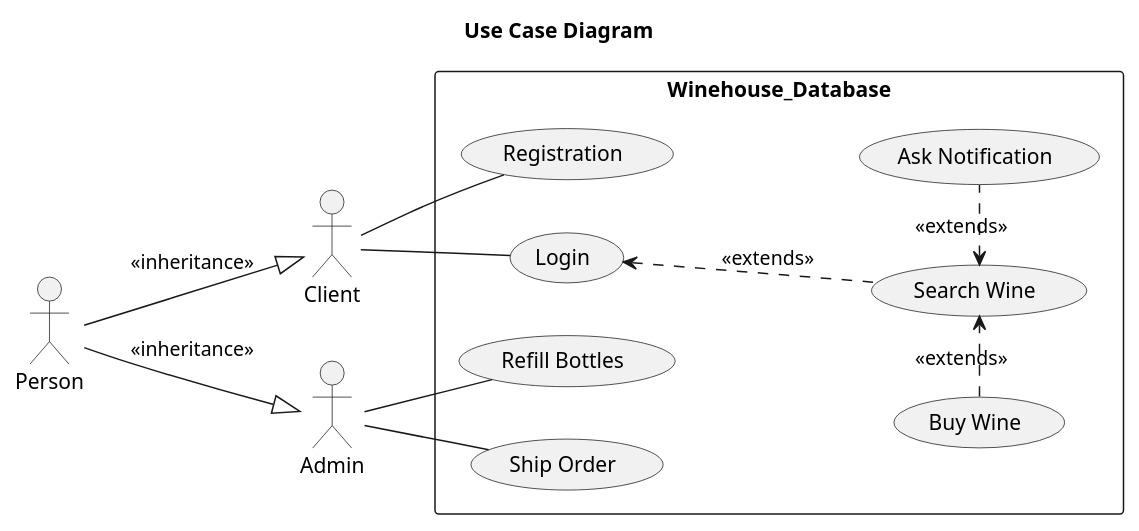
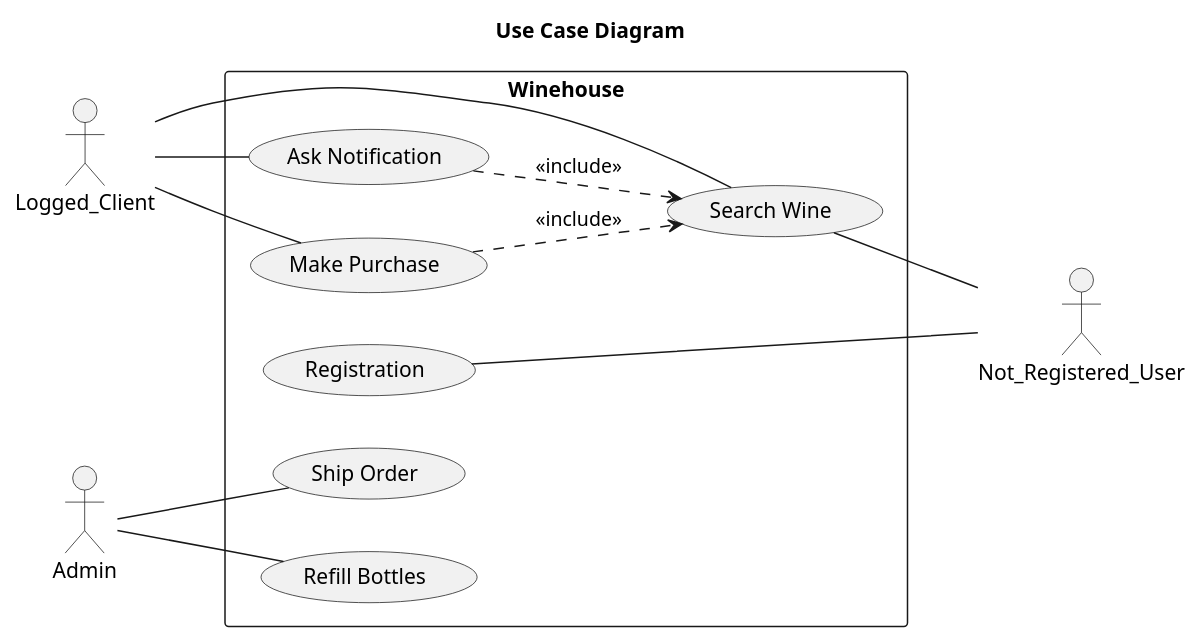
The diagram in Assegnamento2/src/main/uml/UML-UseCaseDiagram.puml (danielepelleg/software_engineering), drawn with PlantUML before and after one commit. The commit also changed 9 other files, not shown here.

```diff
--- a/Assegnamento2/src/main/uml/UML-UseCaseDiagram.puml
+++ b/Assegnamento2/src/main/uml/UML-UseCaseDiagram.puml
@@ -1,20 +1,26 @@
+@startuml
 title Use Case Diagram
 
 left to right direction
 
+actor Logged_Client
+actor Not_Registered_User
 actor Admin
-actor Client
-actor Person
 
-Person -down-|> (Admin) : <<inheritance>>
-Person -right-|> (Client) : <<inheritance>>
 
-rectangle  Winehouse_Database {
-    Client -- (Registration)
-    Client -down- (Login)
+rectangle  Winehouse {
+
+    Not_Registered_User -right- (Registration)
+    Not_Registered_User -up- (Search Wine)
+
+    Logged_Client -- (Search Wine)
+    Logged_Client -- (Ask Notification)
+    Logged_Client -- (Make Purchase)
+
     Admin -- (Refill Bottles)
     Admin -- (Ship Order)
-    (Login) <.. (Search Wine) : <<extends>>
-    (Search Wine) <.left. (Buy Wine) : <<extends>>
-    (Search Wine) <.right. (Ask Notification) : <<extends>>
+
+    (Search Wine) <.up. (Ask Notification) : <<include>>
+    (Search Wine) <.up. (Make Purchase) : <<include>>
 }
+@enduml
```
